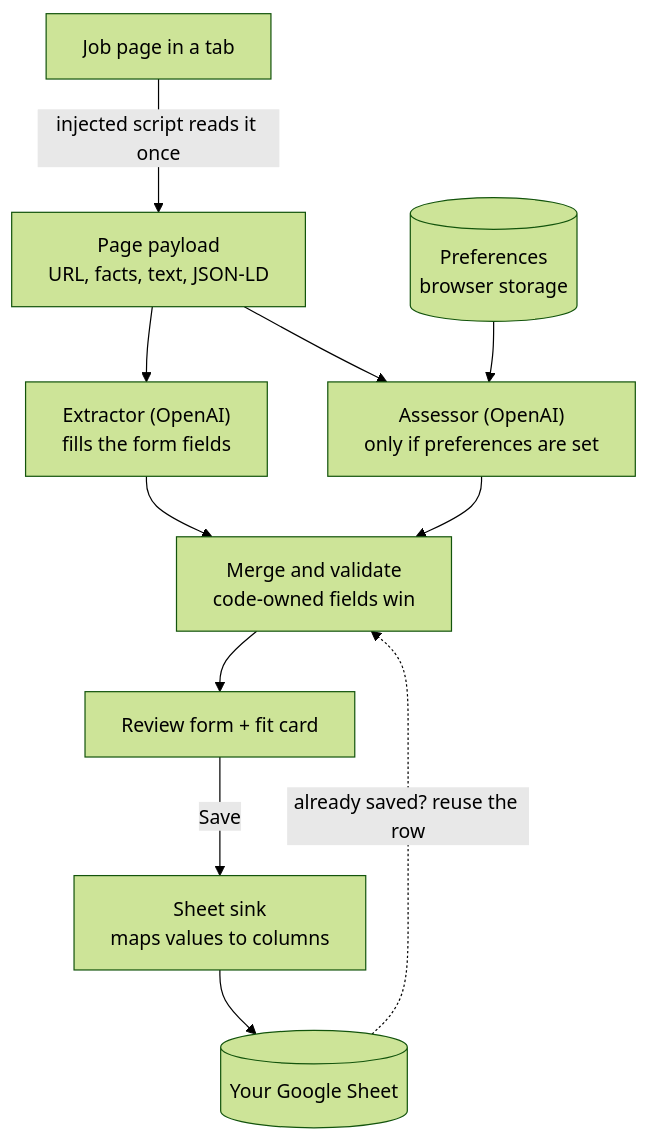
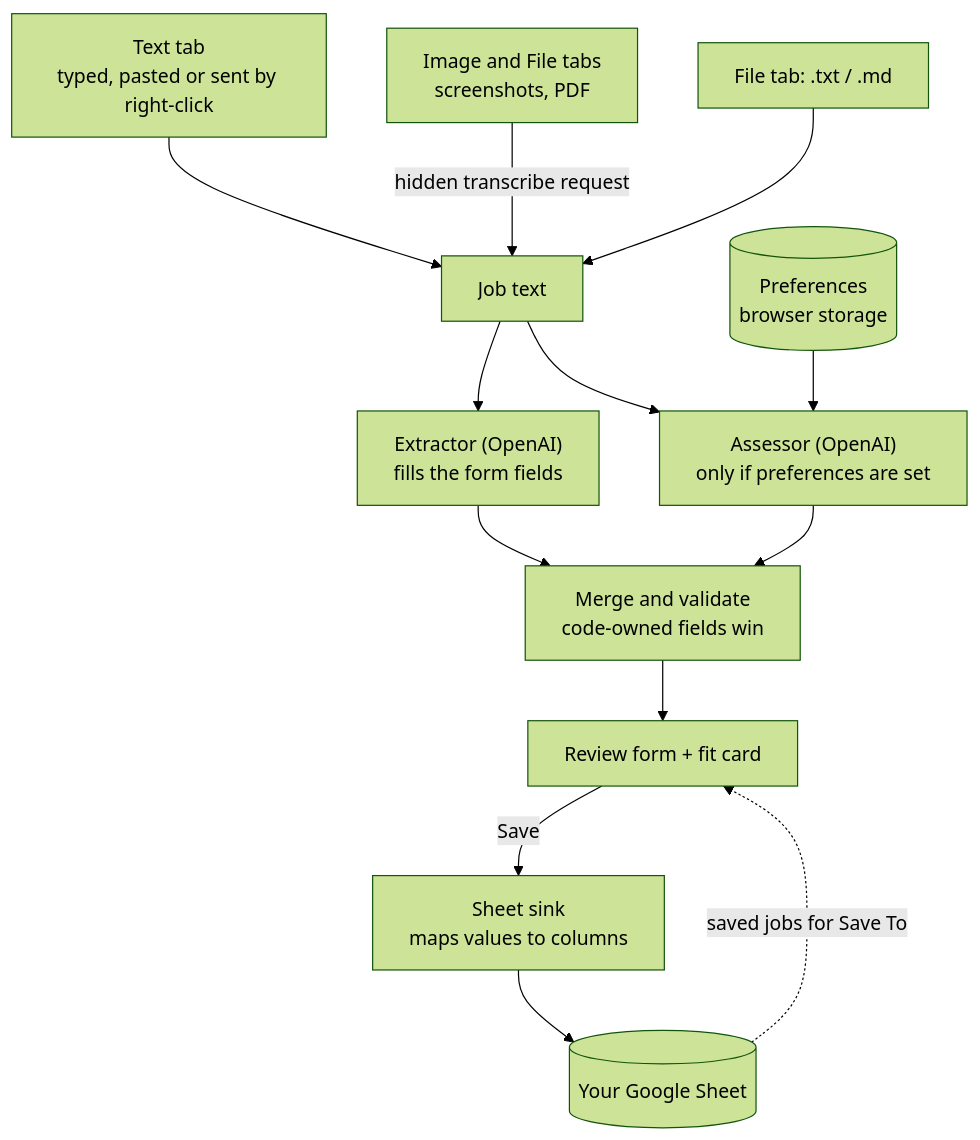
The diagram in ARCHITECTURE.md (joshualauw/job-saver), drawn with Mermaid (forest theme) before and after one commit. The commit also changed other lines of this file and 5 other files, not shown here.

````diff
--- a/ARCHITECTURE.md
+++ b/ARCHITECTURE.md
@@ -19,15 +21,17 @@
 ```mermaid
 flowchart TD
-    Page["Job page in a tab"] -->|"injected script reads it once"| Payload["Page payload<br/>URL, facts, text, JSON-LD"]
-    Sheet[("Your Google Sheet")] -.->|"already saved? reuse the row"| Merge
+    Text["Text tab<br/>typed, pasted or sent by right-click"] --> Text2[Job text]
+    Media["Image and File tabs<br/>screenshots, PDF"] -->|"hidden transcribe request"| Text2
+    Plain["File tab: .txt / .md"] --> Text2
 
-    Payload --> Extractor["Extractor (OpenAI)<br/>fills the form fields"]
-    Payload --> Assessor["Assessor (OpenAI)<br/>only if preferences are set"]
+    Text2 --> Extractor["Extractor (OpenAI)<br/>fills the form fields"]
+    Text2 --> Assessor["Assessor (OpenAI)<br/>only if preferences are set"]
     Local[("Preferences<br/>browser storage")] --> Assessor
 
     Extractor --> Merge["Merge and validate<br/>code-owned fields win"]
     Assessor --> Merge
     Merge --> Review["Review form + fit card"]
     Review -->|Save| Sink["Sheet sink<br/>maps values to columns"]
-    Sink --> Sheet
+    Sink --> Sheet[("Your Google Sheet")]
+    Sheet -.->|"saved jobs for Save To"| Review
 ```
````
